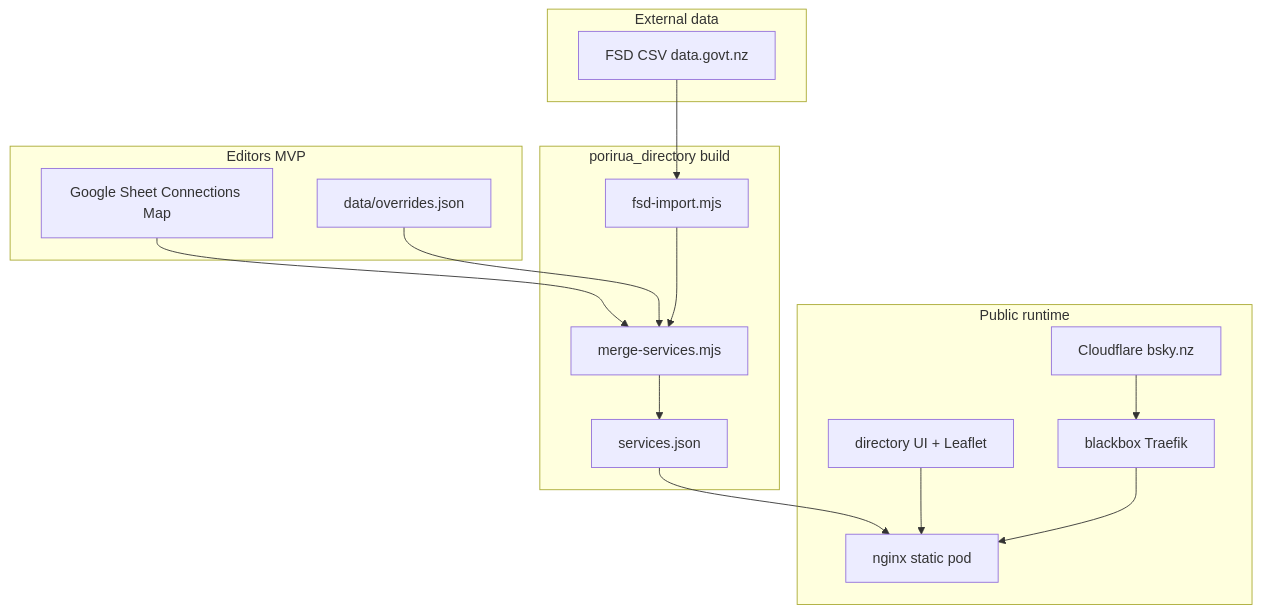
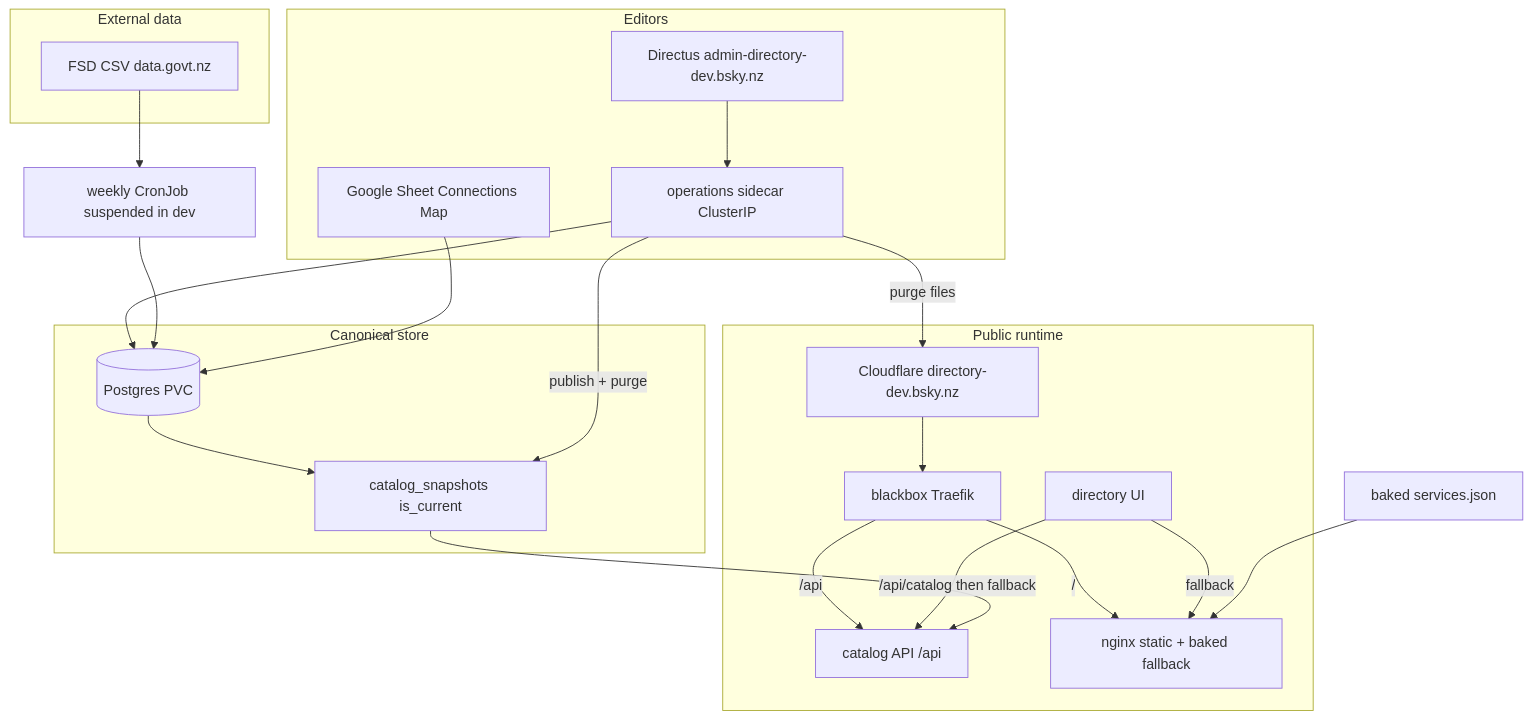
The first of 2 diagrams in docs/architecture/porirua-directory-architecture.md (irab/porirua-locality-preview), drawn with Mermaid before and after one commit. The commit also changed other lines of this file and 8 other files, not shown here.

````diff
--- a/docs/architecture/porirua-directory-architecture.md
+++ b/docs/architecture/porirua-directory-architecture.md
@@ -24,27 +24,35 @@
 ```mermaid
 flowchart TB
-  subgraph editors [Editors MVP]
+  subgraph editors [Editors]
+    Directus[Directus admin-directory-dev.bsky.nz]
+    Ops[operations sidecar ClusterIP]
     Sheet[Google Sheet Connections Map]
-    Overrides[data/overrides.json]
   end
   subgraph external [External data]
     FSD[FSD CSV data.govt.nz]
   end
-  subgraph build [porirua_directory build]
-    Import[fsd-import.mjs]
-    Merge[merge-services.mjs]
-    JSON[services.json]
+  subgraph data [Canonical store]
+    PG[(Postgres PVC)]
+    Snap[catalog_snapshots is_current]
   end
   subgraph public [Public runtime]
-    CF[Cloudflare bsky.nz]
+    CF[Cloudflare directory-dev.bsky.nz]
     BB[blackbox Traefik]
-    Nginx[nginx static pod]
-    UI[directory UI + Leaflet]
+    API[catalog API /api]
+    Nginx[nginx static + baked fallback]
+    UI[directory UI]
   end
-  Sheet --> Merge
-  Overrides --> Merge
-  FSD --> Import --> Merge --> JSON
-  JSON --> Nginx
-  UI --> Nginx
-  CF --> BB --> Nginx
+  Sheet --> PG
+  FSD --> Sync[weekly CronJob suspended in dev]
+  Sync --> PG
+  Directus --> Ops --> PG
+  Ops -->|publish + purge| Snap
+  Ops -->|purge files| CF
+  PG --> Snap --> API
+  JSON[baked services.json] --> Nginx
+  UI -->|/api/catalog then fallback| API
+  UI -->|fallback| Nginx
+  CF --> BB
+  BB -->|/api| API
+  BB -->|/| Nginx
 ```
````
